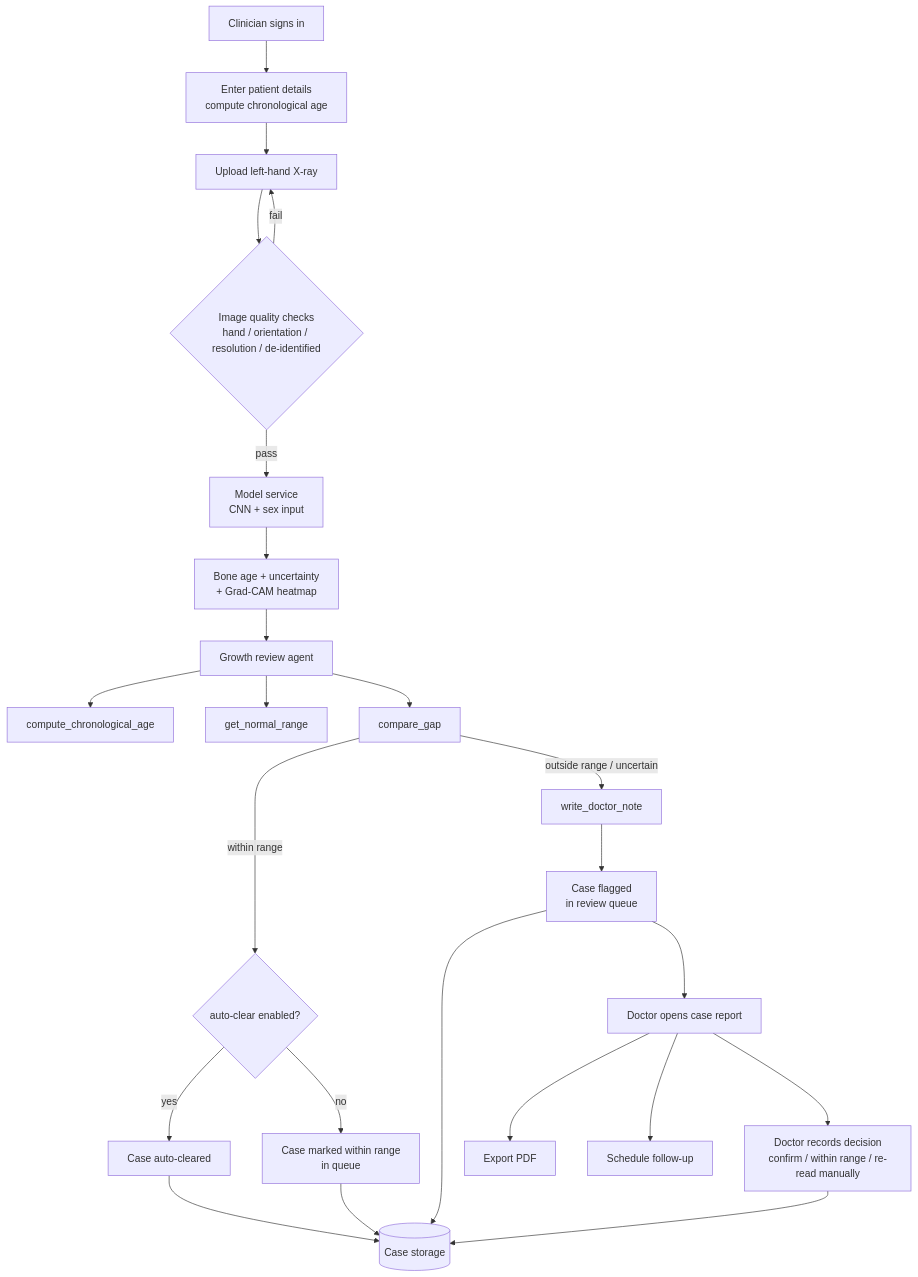
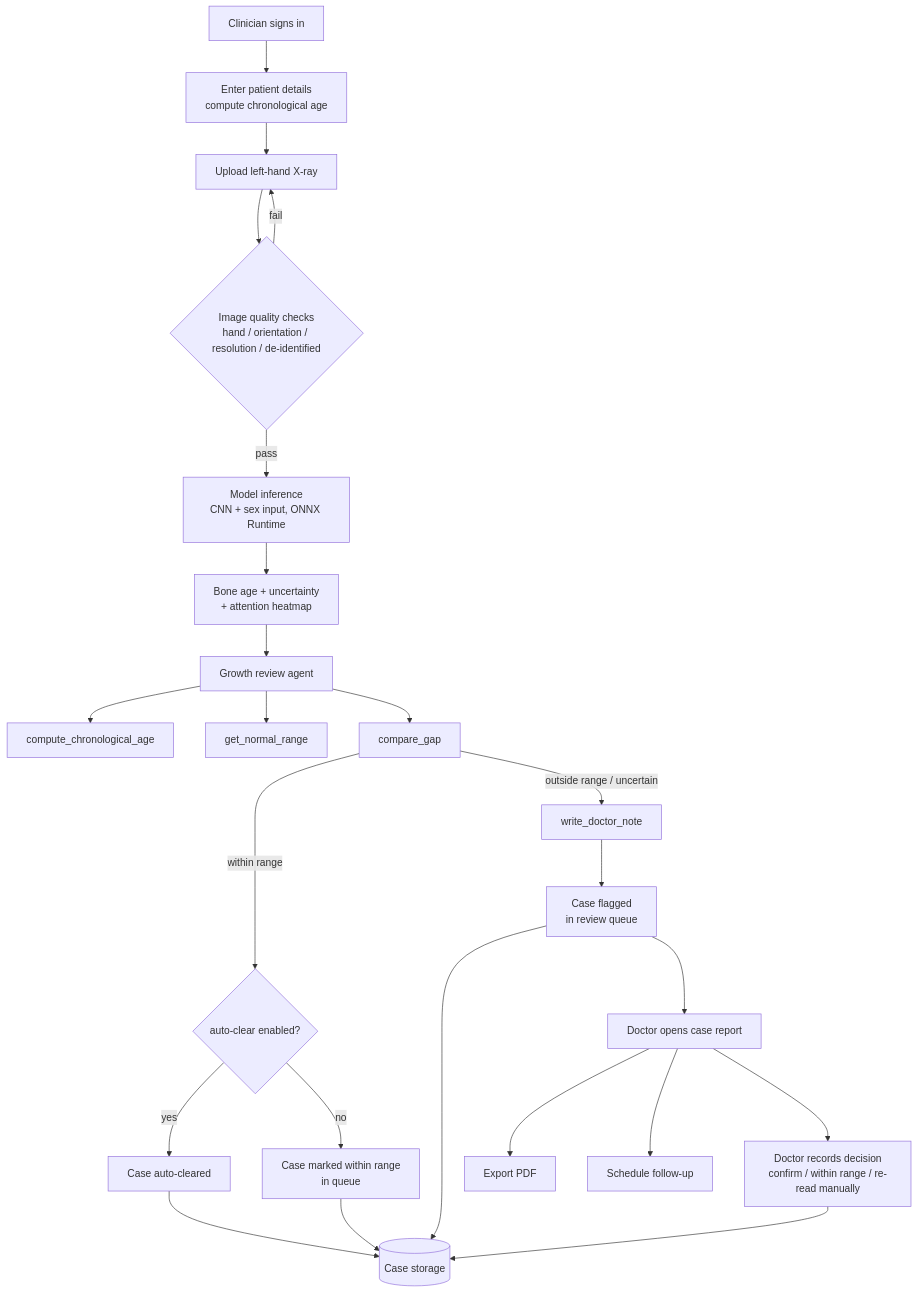
One commit to zayddawood-0/boneage-ai changed the diagram in docs/architecture.md. Above: the diagram before and after it, drawn with Mermaid. The commit also changed other lines of this file and 56 other files, not shown here.

Commit message:
feat: move backend to Vercel with ONNX Runtime, Score-CAM, Postgres, Blob and Cron

````diff
--- a/docs/architecture.md
+++ b/docs/architecture.md
@@ -36,26 +36,26 @@
 ```mermaid
 flowchart TD
     A[Clinician signs in] --> B[Enter patient details\ncompute chronological age]
     B --> C[Upload left-hand X-ray]
     C --> D{Image quality checks\nhand / orientation / resolution / de-identified}
     D -- fail --> C
-    D -- pass --> E[Model service\nCNN + sex input]
-    E --> F[Bone age + uncertainty\n+ Grad-CAM heatmap]
+    D -- pass --> E[Model inference\nCNN + sex input, ONNX Runtime]
+    E --> F[Bone age + uncertainty\n+ attention heatmap]
     F --> G[Growth review agent]
     G --> H[compute_chronological_age]
     G --> I[get_normal_range]
     G --> J[compare_gap]
     J -- within range --> K{auto-clear enabled?}
     K -- yes --> L[Case auto-cleared]
     K -- no --> M[Case marked within range\nin queue]
     J -- outside range / uncertain --> N[write_doctor_note]
     N --> O[Case flagged\nin review queue]
     L --> P[(Case storage)]
     M --> P
     O --> P
     O --> Q[Doctor opens case report]
     Q --> R[Doctor records decision\nconfirm / within range / re-read manually]
     R --> P
     Q --> S[Export PDF]
     Q --> T[Schedule follow-up]
 ```
````
